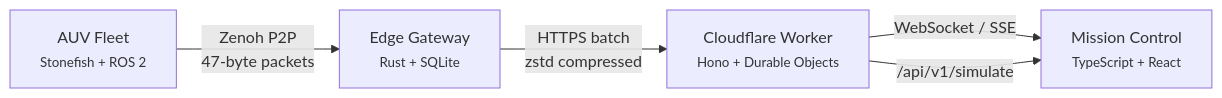
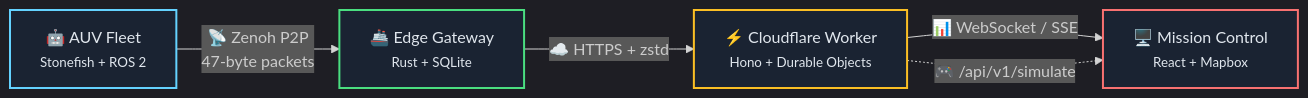
The diagram in README.md (kakashi3lite/abyssal-twin), drawn with Mermaid before and after one commit. The commit also changed other lines of this file, not shown here.

````diff
--- a/README.md
+++ b/README.md
@@ -23,7 +58,13 @@
 ```mermaid
+%%{init: {'theme': 'dark'}}%%
 graph LR
-  A["AUV Fleet<br/><small>Stonefish + ROS 2</small>"] -->|"Zenoh P2P<br/>47-byte packets"| B["Edge Gateway<br/><small>Rust + SQLite</small>"]
-  B -->|"HTTPS batch<br/>zstd compressed"| C["Cloudflare Worker<br/><small>Hono + Durable Objects</small>"]
-  C -->|"WebSocket / SSE"| D["Mission Control<br/><small>TypeScript + React</small>"]
-  C -->|"/api/v1/simulate"| D
+    A[🤖 AUV Fleet<br/><small>Stonefish + ROS 2</small>] -->|"📡 Zenoh P2P<br/>47-byte packets"| B[🚢 Edge Gateway<br/><small>Rust + SQLite</small>]
+    B -->|"☁️ HTTPS + zstd"| C[⚡ Cloudflare Worker<br/><small>Hono + Durable Objects</small>]
+    C -->|"📊 WebSocket / SSE"| D[🖥️ Mission Control<br/><small>React + Mapbox</small>]
+    C -.->|"🎮 /api/v1/simulate"| D
+
+    style A fill:#1a2332,stroke:#64d2ff,stroke-width:2px,color:#e0e6ed
+    style B fill:#1a2332,stroke:#4ade80,stroke-width:2px,color:#e0e6ed
+    style C fill:#1a2332,stroke:#fbbf24,stroke-width:2px,color:#e0e6ed
+    style D fill:#1a2332,stroke:#f87171,stroke-width:2px,color:#e0e6ed
 ```
````
